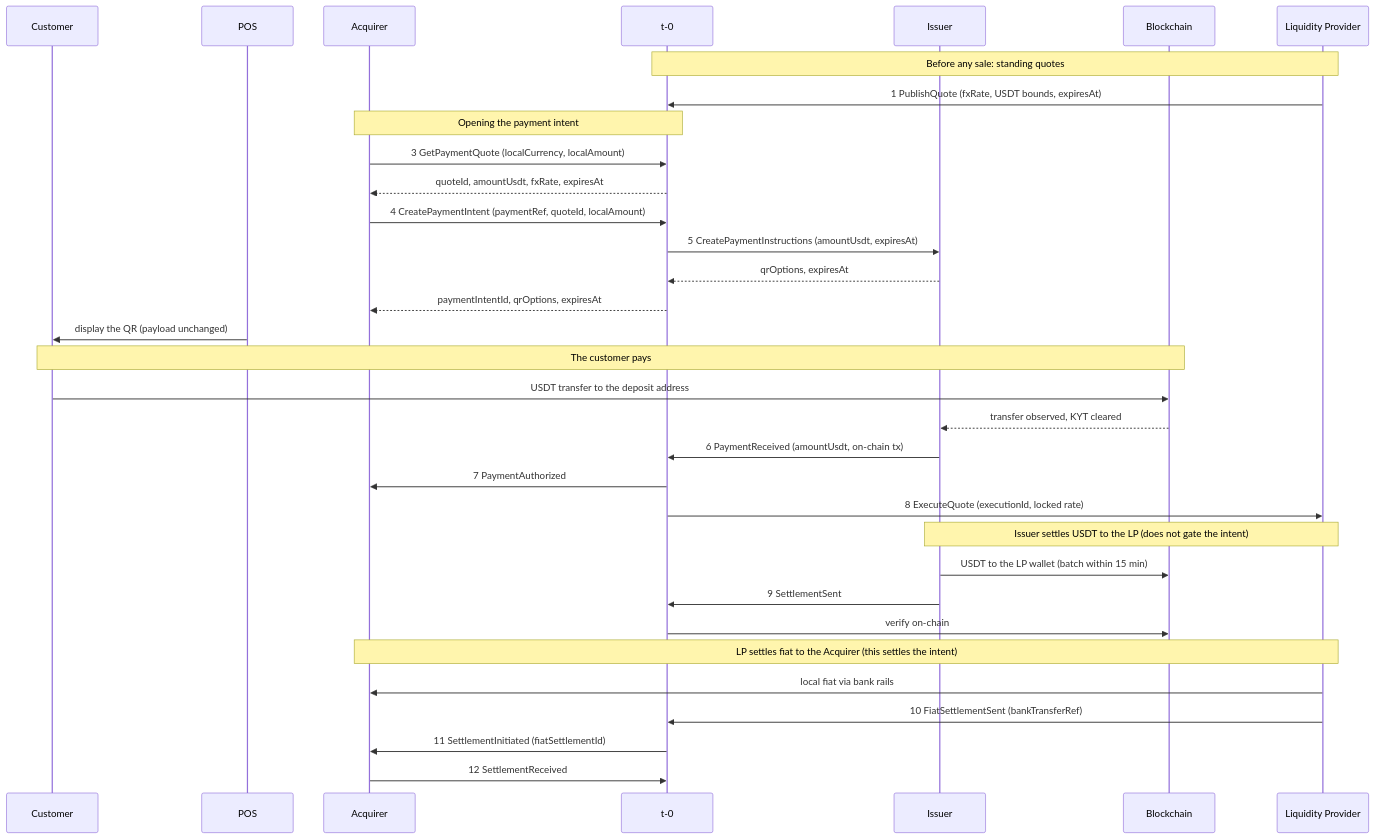
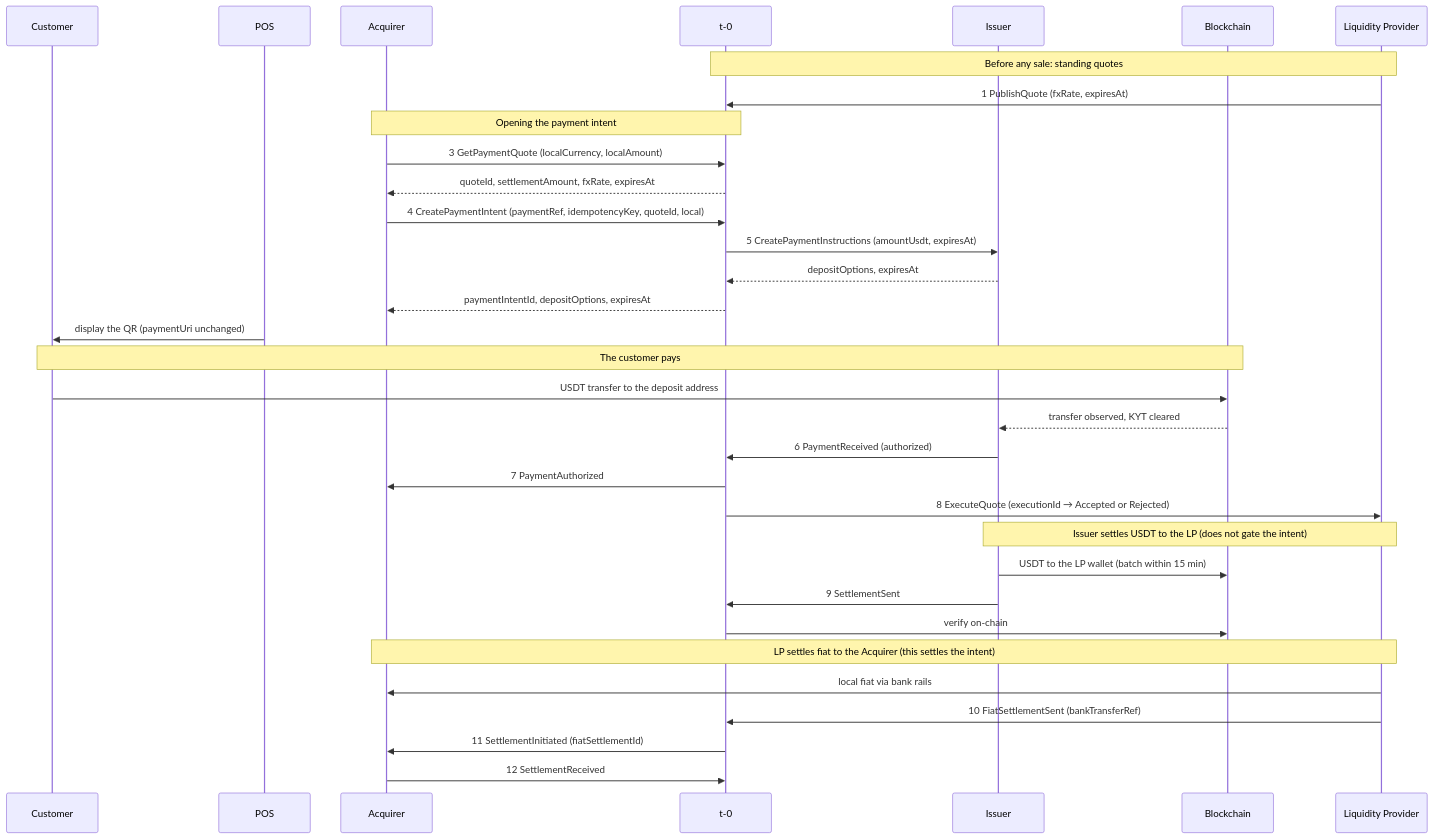
Before and after one commit to t-0-network/usdt-pay-docs: the diagram in content/docs/payments/fiat-settlement.md, drawn with Mermaid. The commit also changed other lines of this file and 4 other files, not shown here.

First line of the commit message:
docs: realign prose and diagrams with the new pay contract (#19)

````diff
--- a/content/docs/payments/fiat-settlement.md
+++ b/content/docs/payments/fiat-settlement.md
@@ -52,40 +52,40 @@
 ```mermaid
 sequenceDiagram
     participant C as Customer
     participant POS as POS
     participant ACQ as Acquirer
     participant T0 as t-0
     participant ISS as Issuer
     participant BC as Blockchain
     participant LP as Liquidity Provider
 
     Note over LP,T0: Before any sale: standing quotes
-    LP->>T0: 1 PublishQuote (fxRate, USDT bounds, expiresAt)
+    LP->>T0: 1 PublishQuote (fxRate, expiresAt)
 
     Note over ACQ,T0: Opening the payment intent
     ACQ->>T0: 3 GetPaymentQuote (localCurrency, localAmount)
-    T0-->>ACQ: quoteId, amountUsdt, fxRate, expiresAt
-    ACQ->>T0: 4 CreatePaymentIntent (paymentRef, quoteId, localAmount)
+    T0-->>ACQ: quoteId, settlementAmount, fxRate, expiresAt
+    ACQ->>T0: 4 CreatePaymentIntent (paymentRef, idempotencyKey, quoteId, local)
     T0->>ISS: 5 CreatePaymentInstructions (amountUsdt, expiresAt)
-    ISS-->>T0: qrOptions, expiresAt
-    T0-->>ACQ: paymentIntentId, qrOptions, expiresAt
-    POS->>C: display the QR (payload unchanged)
+    ISS-->>T0: depositOptions, expiresAt
+    T0-->>ACQ: paymentIntentId, depositOptions, expiresAt
+    POS->>C: display the QR (paymentUri unchanged)
 
     Note over C,BC: The customer pays
     C->>BC: USDT transfer to the deposit address
     BC-->>ISS: transfer observed, KYT cleared
-    ISS->>T0: 6 PaymentReceived (amountUsdt, on-chain tx)
+    ISS->>T0: 6 PaymentReceived (authorized)
     T0->>ACQ: 7 PaymentAuthorized
-    T0->>LP: 8 ExecuteQuote (executionId, locked rate)
+    T0->>LP: 8 ExecuteQuote (executionId → Accepted or Rejected)
 
     Note over ISS,LP: Issuer settles USDT to the LP (does not gate the intent)
     ISS->>BC: USDT to the LP wallet (batch within 15 min)
     ISS->>T0: 9 SettlementSent
     T0->>BC: verify on-chain
 
     Note over ACQ,LP: LP settles fiat to the Acquirer (this settles the intent)
     LP->>ACQ: local fiat via bank rails
     LP->>T0: 10 FiatSettlementSent (bankTransferRef)
     T0->>ACQ: 11 SettlementInitiated (fiatSettlementId)
     ACQ->>T0: 12 SettlementReceived
 ```
````
